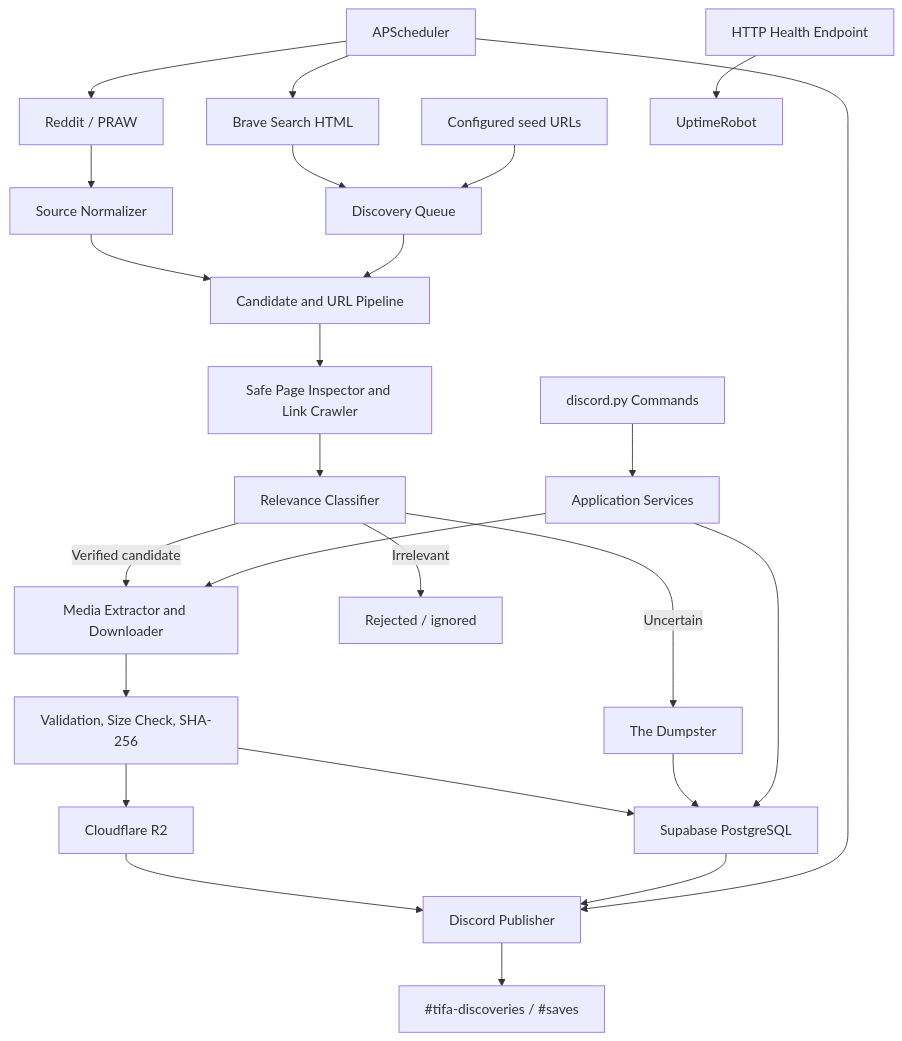
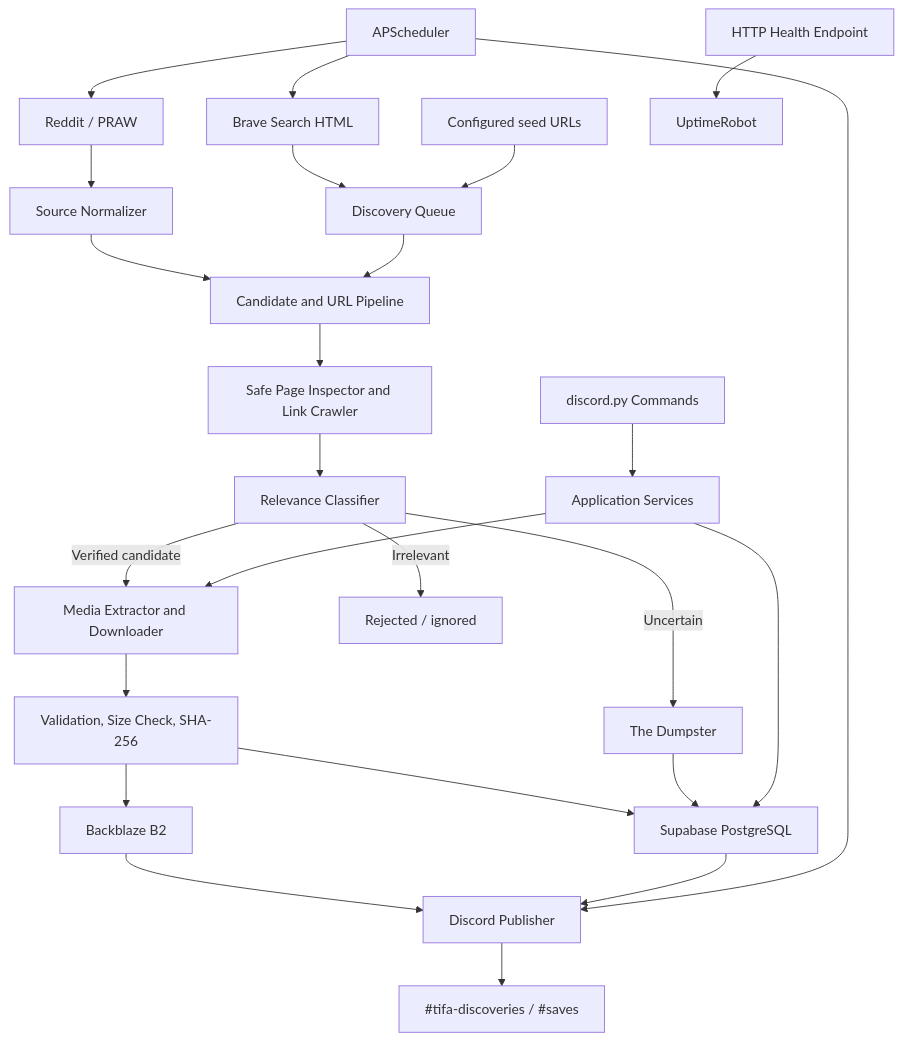
One commit to vishwassharma38/Tifa-Lockhart-Bot changed the diagram in Tifa_Lockhart_Bot_V1_Blueprint.md. Above: the diagram before and after it, drawn with Mermaid. The commit also changed other lines of this file and 21 other files, not shown here.

````diff
--- a/Tifa_Lockhart_Bot_V1_Blueprint.md
+++ b/Tifa_Lockhart_Bot_V1_Blueprint.md
@@ -122,27 +122,27 @@
 ```mermaid
 flowchart TD
     A[Reddit / PRAW] --> D[Source Normalizer]
     B[Brave Search HTML] --> E[Discovery Queue]
     C[Configured seed URLs] --> E
     D --> F[Candidate and URL Pipeline]
     E --> F
     F --> G[Safe Page Inspector and Link Crawler]
     G --> H[Relevance Classifier]
     H -->|Verified candidate| I[Media Extractor and Downloader]
     H -->|Uncertain| J[The Dumpster]
     H -->|Irrelevant| K[Rejected / ignored]
     I --> L[Validation, Size Check, SHA-256]
-    L --> M[Cloudflare R2]
+    L --> M[Backblaze B2]
     L --> N[Supabase PostgreSQL]
     J --> N
     M --> O[Discord Publisher]
     N --> O
     P[discord.py Commands] --> Q[Application Services]
     Q --> N
     Q --> I
     O --> R[#tifa-discoveries / #saves]
     S[APScheduler] --> A
     S --> B
     S --> O
     T[HTTP Health Endpoint] --> U[UptimeRobot]
 ```
````
